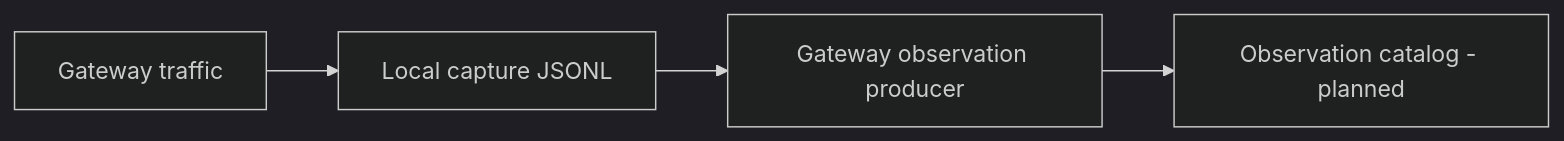
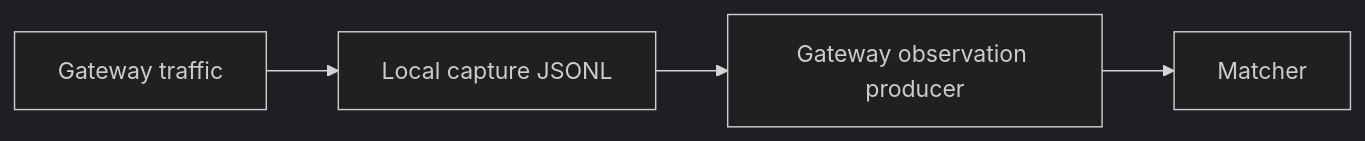
Before and after one commit to thanhpham0406/tok-doctor: the seventh of 7 diagrams in docs/architecture.md, drawn with Mermaid (dark theme). The commit also changed other lines of this file and 8 other files, not shown here.

````diff
--- a/docs/architecture.md
+++ b/docs/architecture.md
@@ -365,6 +401,6 @@
 ```mermaid
 flowchart LR
     Traffic[Gateway traffic] --> Capture[Local capture JSONL]
     Capture --> Producer[Gateway observation producer]
-    Producer --> Catalog[Observation catalog - planned]
+    Producer --> Matcher[Matcher]
 ```
````
